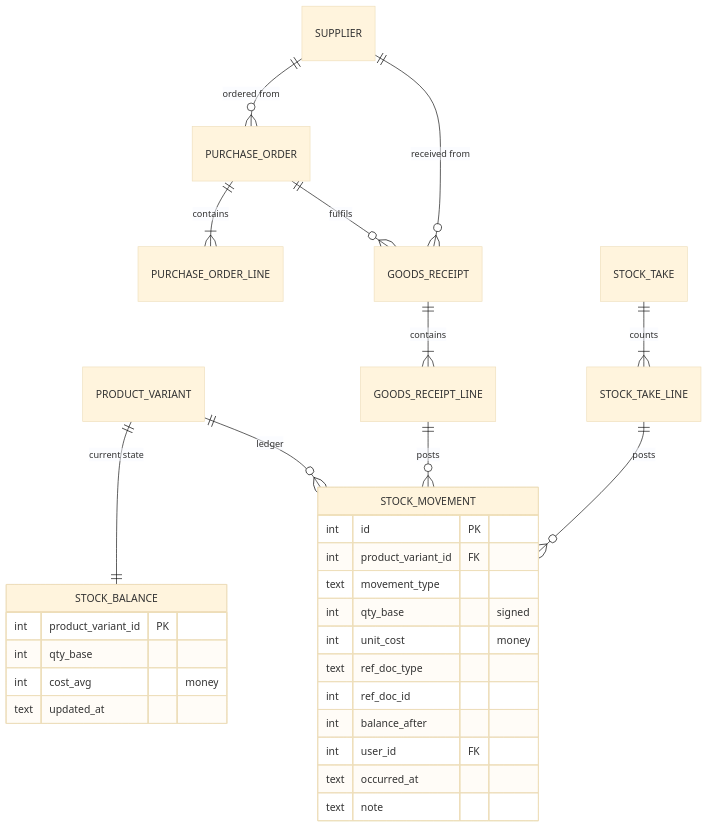
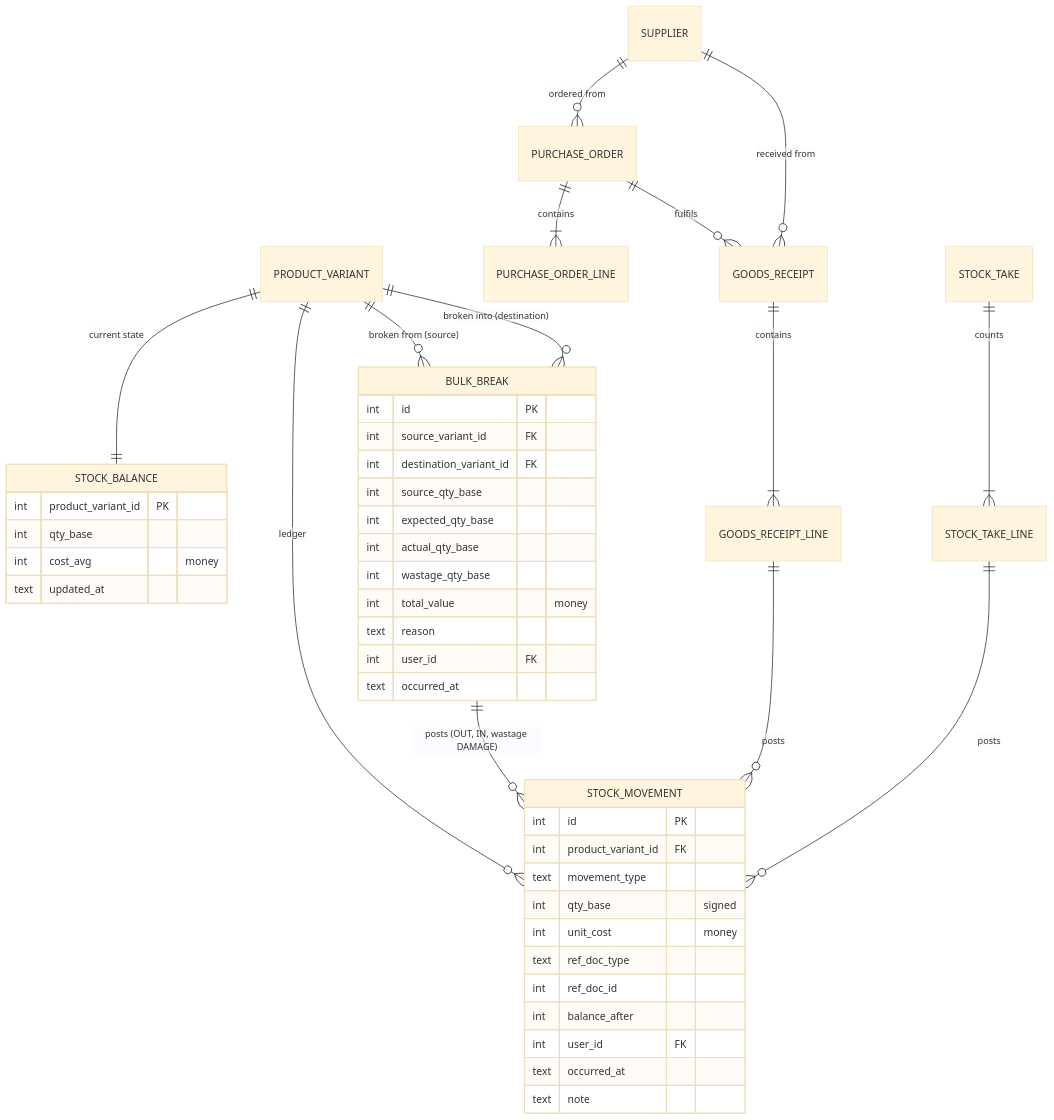
One commit to hansajayathilaka/counterpoint changed the third of 12 diagrams in docs/01_DATA_MODEL.md. Above: the diagram before and after it, drawn with Mermaid (base theme). The commit also changed other lines of this file and 8 other files, not shown here.

First line of the commit message:
feat(P2-T09): bulk_break header table for balanced-pair linkage

````diff
--- a/docs/01_DATA_MODEL.md
+++ b/docs/01_DATA_MODEL.md
@@ -337,33 +337,49 @@
 ```mermaid
 erDiagram
     PRODUCT_VARIANT ||--|| STOCK_BALANCE : "current state"
     PRODUCT_VARIANT ||--o{ STOCK_MOVEMENT : "ledger"
     SUPPLIER ||--o{ PURCHASE_ORDER : "ordered from"
     PURCHASE_ORDER ||--|{ PURCHASE_ORDER_LINE : contains
     SUPPLIER ||--o{ GOODS_RECEIPT : "received from"
     GOODS_RECEIPT ||--|{ GOODS_RECEIPT_LINE : contains
     PURCHASE_ORDER ||--o{ GOODS_RECEIPT : fulfils
     STOCK_TAKE ||--|{ STOCK_TAKE_LINE : counts
     GOODS_RECEIPT_LINE ||--o{ STOCK_MOVEMENT : posts
     STOCK_TAKE_LINE ||--o{ STOCK_MOVEMENT : posts
+    PRODUCT_VARIANT ||--o{ BULK_BREAK : "broken from (source)"
+    PRODUCT_VARIANT ||--o{ BULK_BREAK : "broken into (destination)"
+    BULK_BREAK ||--o{ STOCK_MOVEMENT : "posts (OUT, IN, wastage DAMAGE)"
 
     STOCK_MOVEMENT {
         int id PK
         int product_variant_id FK
         text movement_type
         int qty_base "signed"
         int unit_cost "money"
         text ref_doc_type
         int ref_doc_id
         int balance_after
         int user_id FK
         text occurred_at
         text note
     }
     STOCK_BALANCE {
         int product_variant_id PK
         int qty_base
         int cost_avg "money"
         text updated_at
     }
+    BULK_BREAK {
+        int id PK
+        int source_variant_id FK
+        int destination_variant_id FK
+        int source_qty_base
+        int expected_qty_base
+        int actual_qty_base
+        int wastage_qty_base
+        int total_value "money"
+        text reason
+        int user_id FK
+        text occurred_at
+    }
 ```
````
